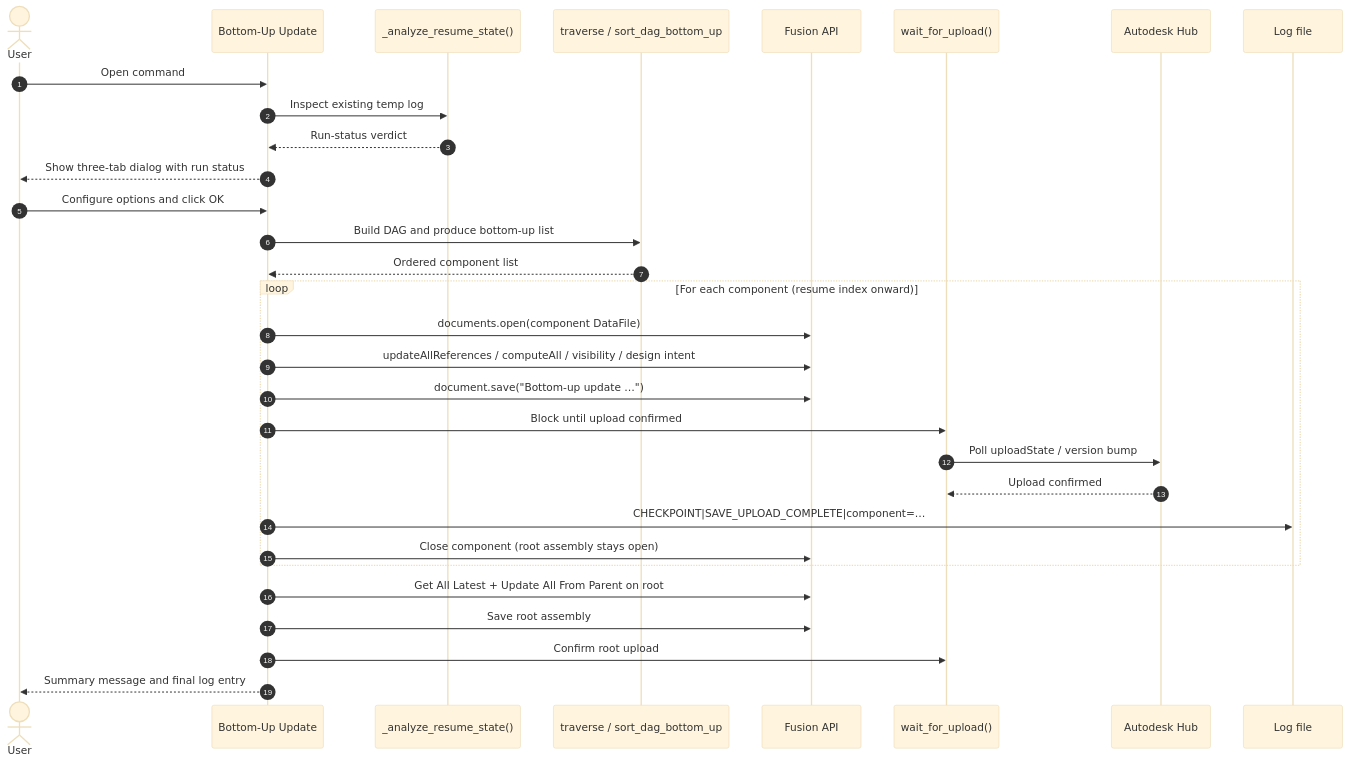
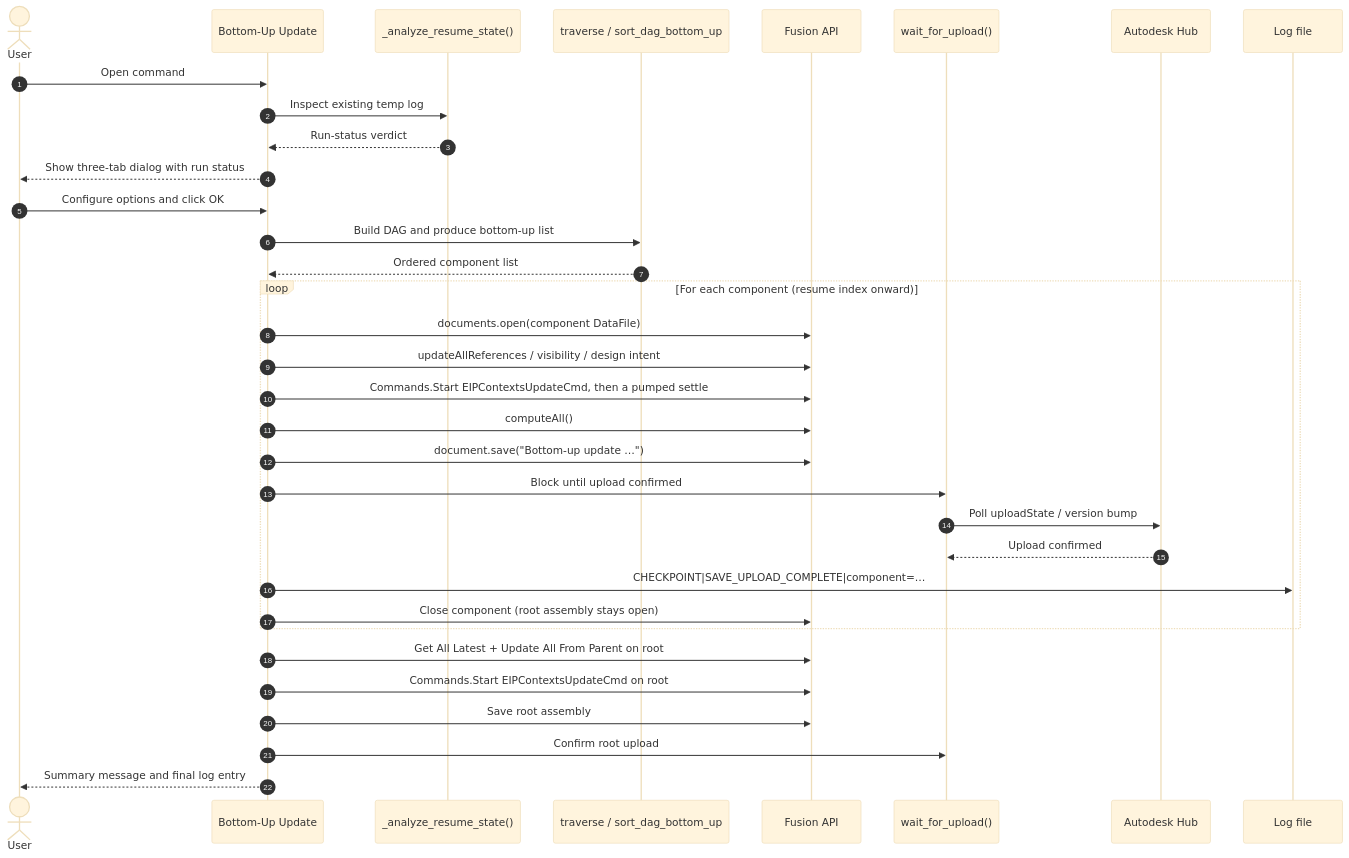
Before and after one commit to schneik80/PowerTools: the third of 3 diagrams in docs/arch/Bottom-Up Update.md, drawn with Mermaid (base theme). The commit also changed 5 other files, not shown here.

````diff
--- a/docs/arch/Bottom-Up Update.md
+++ b/docs/arch/Bottom-Up Update.md
@@ -57,34 +57,37 @@
 ```mermaid
 sequenceDiagram
   autonumber
   actor User
   participant Cmd as Bottom-Up Update
   participant Resume as _analyze_resume_state()
   participant Order as traverse / sort_dag_bottom_up
   participant API as Fusion API
   participant Wait as wait_for_upload()
   participant Hub as Autodesk Hub
   participant Log as Log file
 
   User->>Cmd: Open command
   Cmd->>Resume: Inspect existing temp log
   Resume-->>Cmd: Run-status verdict
   Cmd-->>User: Show three-tab dialog with run status
   User->>Cmd: Configure options and click OK
   Cmd->>Order: Build DAG and produce bottom-up list
   Order-->>Cmd: Ordered component list
   loop For each component (resume index onward)
     Cmd->>API: documents.open(component DataFile)
-    Cmd->>API: updateAllReferences / computeAll / visibility / design intent
+    Cmd->>API: updateAllReferences / visibility / design intent
+    Cmd->>API: Commands.Start EIPContextsUpdateCmd, then a pumped settle
+    Cmd->>API: computeAll()
     Cmd->>API: document.save("Bottom-up update …")
     Cmd->>Wait: Block until upload confirmed
     Wait->>Hub: Poll uploadState / version bump
     Hub-->>Wait: Upload confirmed
     Cmd->>Log: CHECKPOINT|SAVE_UPLOAD_COMPLETE|component=…
     Cmd->>API: Close component (root assembly stays open)
   end
   Cmd->>API: Get All Latest + Update All From Parent on root
+  Cmd->>API: Commands.Start EIPContextsUpdateCmd on root
   Cmd->>API: Save root assembly
   Cmd->>Wait: Confirm root upload
   Cmd-->>User: Summary message and final log entry
 ```
````
